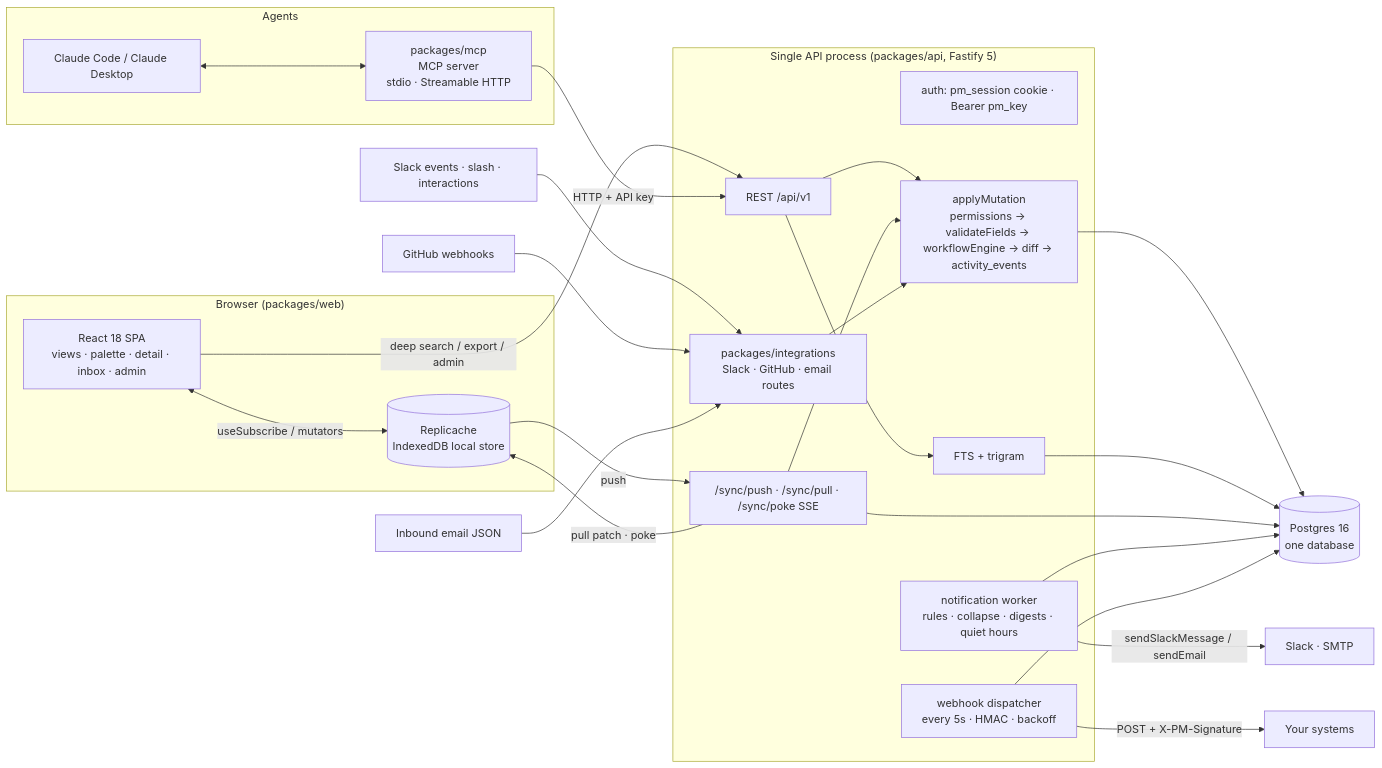
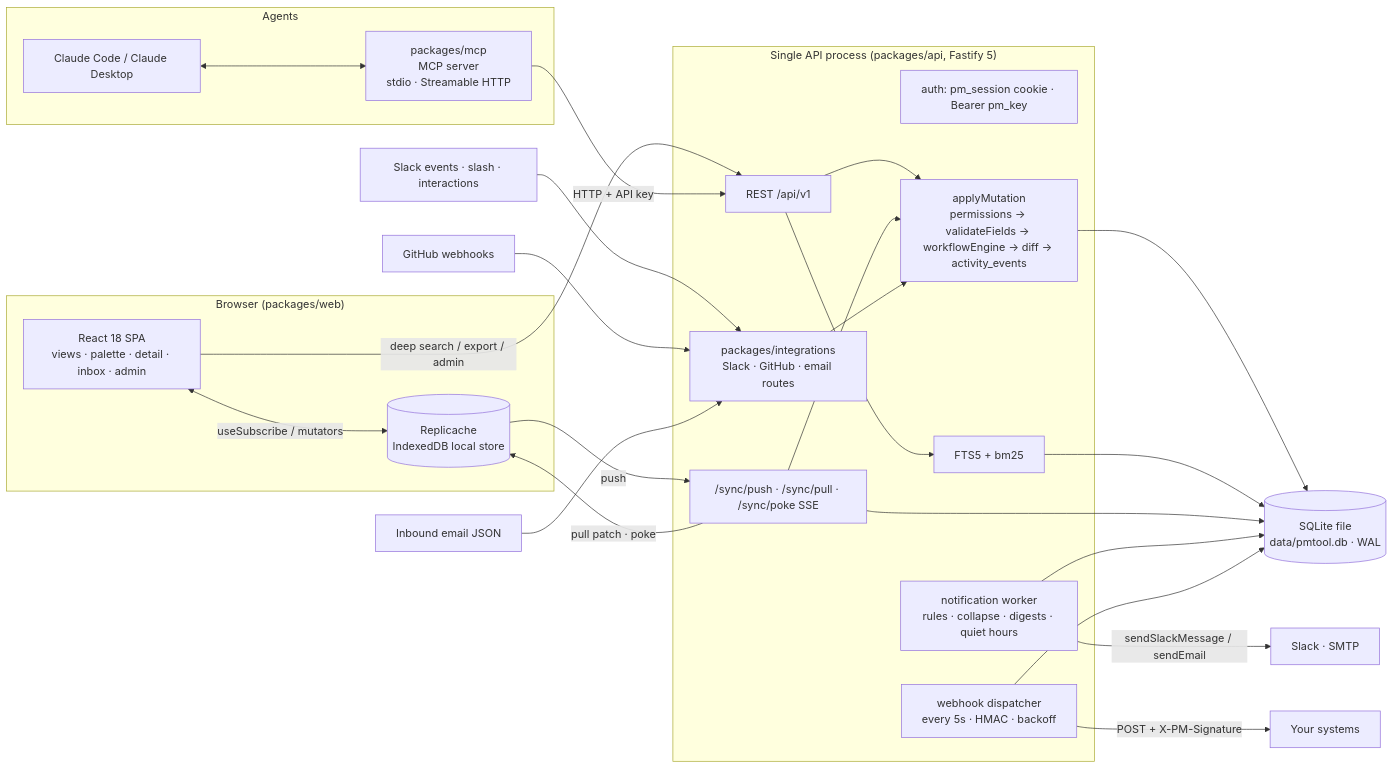
Before and after one commit to jamjorf/pm-tool: the first of 3 diagrams in docs/02-design.md, drawn with Mermaid. The commit also changed other lines of this file and 36 other files, not shown here.

````diff
--- a/docs/02-design.md
+++ b/docs/02-design.md
@@ -11,45 +11,45 @@
 ```mermaid
 flowchart LR
     subgraph Browser["Browser (packages/web)"]
         UI[React 18 SPA<br/>views · palette · detail · inbox · admin]
         RC[(Replicache<br/>IndexedDB local store)]
         UI <-->|useSubscribe / mutators| RC
     end
 
     subgraph Agents
         CC[Claude Code / Claude Desktop]
         MCP[packages/mcp<br/>MCP server<br/>stdio · Streamable HTTP]
         CC <--> MCP
     end
 
     subgraph Server["Single API process (packages/api, Fastify 5)"]
         AUTH["auth: pm_session cookie · Bearer pm_key"]
         REST["REST /api/v1"]
         SYNC["/sync/push · /sync/pull · /sync/poke SSE"]
         MUT[applyMutation<br/>permissions → validateFields → workflowEngine → diff → activity_events]
         NOTIF[notification worker<br/>rules · collapse · digests · quiet hours]
         WH[webhook dispatcher<br/>every 5s · HMAC · backoff]
         INT[packages/integrations<br/>Slack · GitHub · email routes]
-        SEARCH[FTS + trigram]
+        SEARCH[FTS5 + bm25]
     end
 
-    PG[(Postgres 16<br/>one database)]
+    DB[(SQLite file<br/>data/pmtool.db · WAL)]
 
     RC -->|push| SYNC
     SYNC -->|pull patch · poke| RC
     UI -->|deep search / export / admin| REST
     MCP -->|HTTP + API key| REST
     REST --> MUT
     SYNC --> MUT
     INT --> MUT
-    MUT --> PG
-    REST --> SEARCH --> PG
-    SYNC --> PG
-    NOTIF --> PG
-    WH --> PG
+    MUT --> DB
+    REST --> SEARCH --> DB
+    SYNC --> DB
+    NOTIF --> DB
+    WH --> DB
     WH -->|POST + X-PM-Signature| EXT[Your systems]
     NOTIF -->|sendSlackMessage / sendEmail| SL[Slack · SMTP]
     SLK[Slack events · slash · interactions] --> INT
     GH[GitHub webhooks] --> INT
     EM[Inbound email JSON] --> INT
 ```
````
